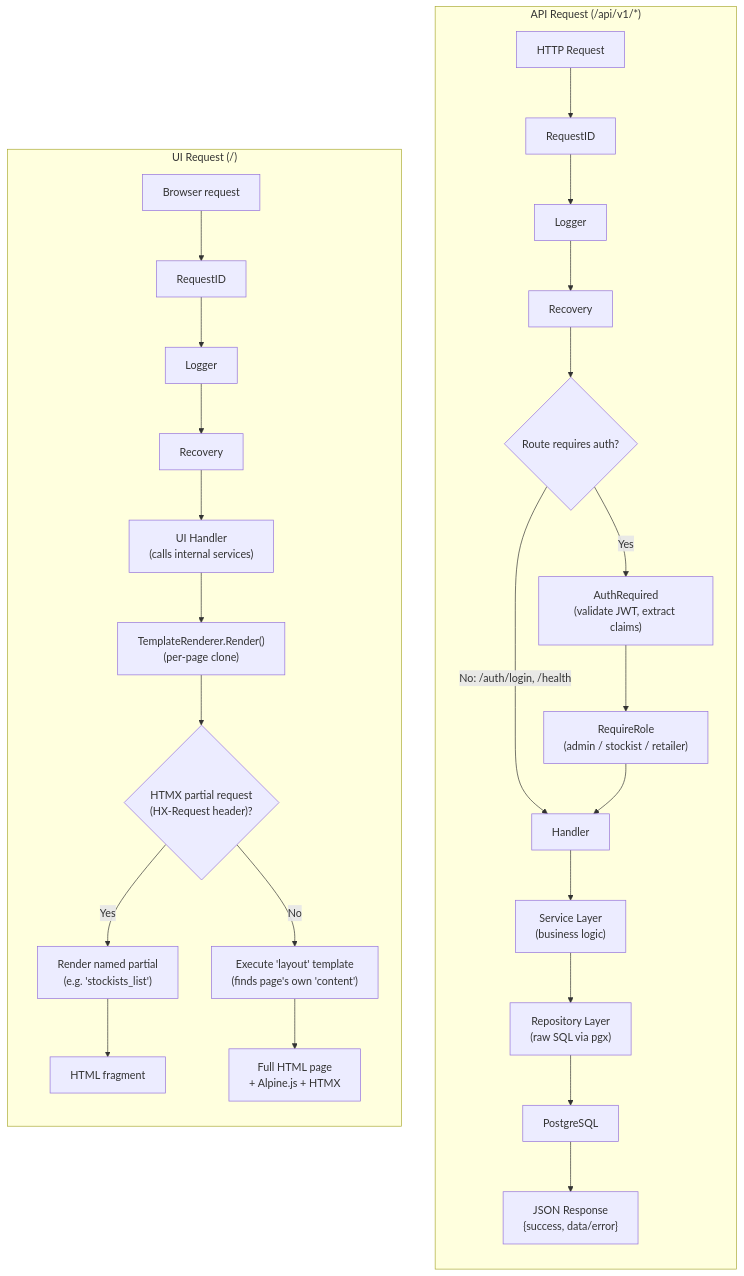
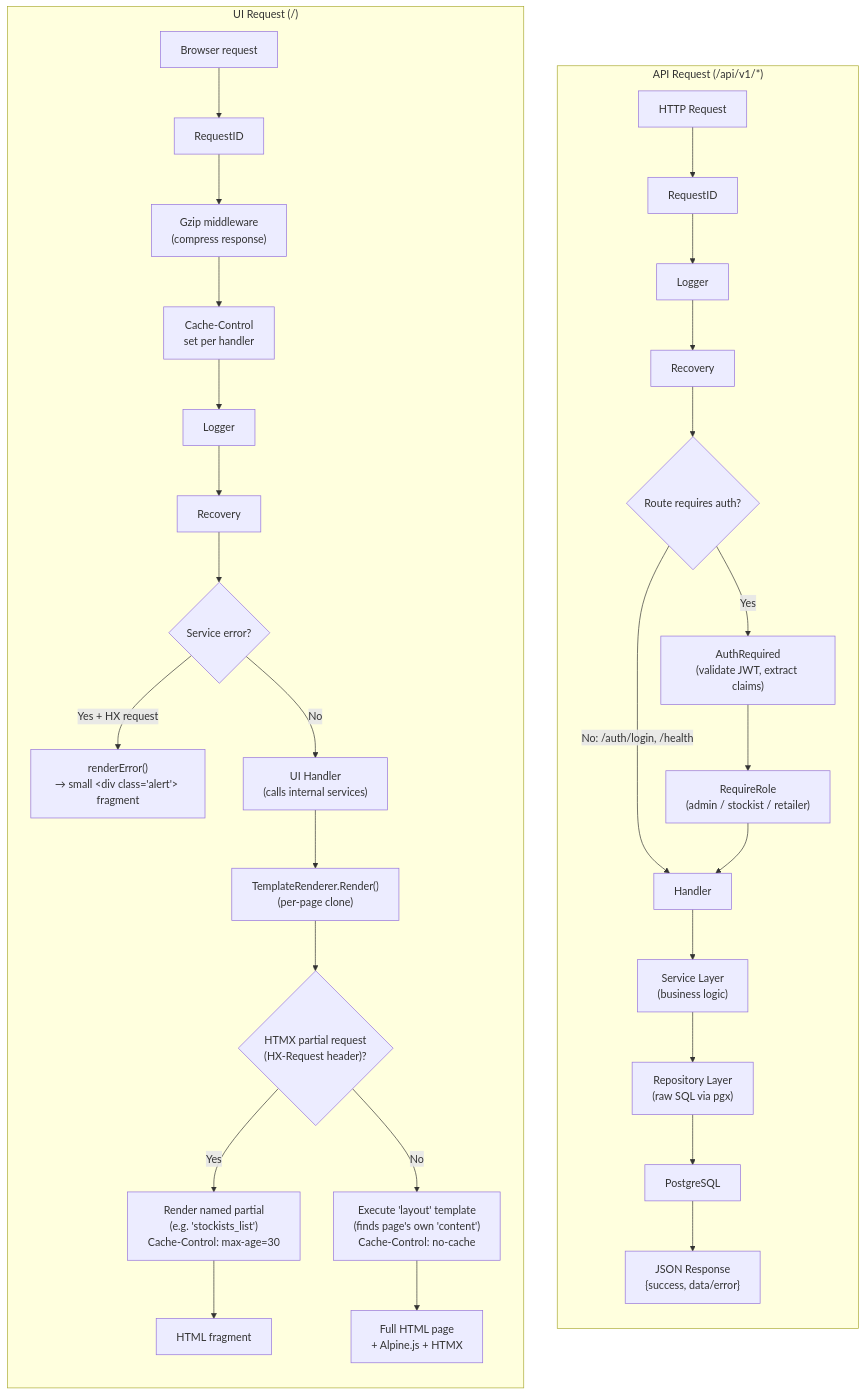
Before and after one commit to swaindhruti/pharmastock-backend: the fifth of 5 diagrams in docs/SYSTEM_DESIGN.md, drawn with Mermaid. The commit also changed other lines of this file and 7 other files, not shown here.

Commit message:
feat(ui): optimize HTMX responses with gzip, caching, and error fragments

````diff
--- a/docs/SYSTEM_DESIGN.md
+++ b/docs/SYSTEM_DESIGN.md
@@ -259,32 +259,36 @@
 ```mermaid
 flowchart TB
     subgraph API_Flow["API Request (/api/v1/*)"]
         direction TB
         A1["HTTP Request"] --> A2["RequestID"]
         A2 --> A3["Logger"]
         A3 --> A4["Recovery"]
         A4 --> A5{"Route requires auth?"}
         A5 -->|No: /auth/login, /health| A6["Handler"]
         A5 -->|Yes| A7["AuthRequired<br/>(validate JWT, extract claims)"]
         A7 --> A8["RequireRole<br/>(admin / stockist / retailer)"]
         A8 --> A6
         A6 --> A9["Service Layer<br/>(business logic)"]
         A9 --> A10["Repository Layer<br/>(raw SQL via pgx)"]
         A10 --> A11["PostgreSQL"]
         A11 --> A12["JSON Response<br/>{success, data/error}"]
     end
 
     subgraph UI_Flow["UI Request (/)"]
         direction TB
         B1["Browser request"] --> B2["RequestID"]
-        B2 --> B3["Logger"]
+        B2 --> B_GZ["Gzip middleware<br/>(compress response)"]
+        B_GZ --> B_CC["Cache-Control<br/>set per handler"]
+        B_CC --> B3["Logger"]
         B3 --> B4["Recovery"]
-        B4 --> B5["UI Handler<br/>(calls internal services)"]
-        B5 --> B6["TemplateRenderer.Render()<br/>(per-page clone)"]
-        B6 --> B7{"HTMX partial request<br/>(HX-Request header)?"}
-        B7 -->|Yes| B8["Render named partial<br/>(e.g. 'stockists_list')"]
-        B7 -->|No| B9["Execute 'layout' template<br/>(finds page's own 'content')"]
-        B8 --> B10["HTML fragment"]
-        B9 --> B11["Full HTML page<br/>+ Alpine.js + HTMX"]
+        B4 --> B5{"Service error?"}
+        B5 -->|"Yes + HX request"| B_ERR["renderError()<br/>→ small &lt;div class='alert'&gt; fragment"]
+        B5 -->|"No"| B6["UI Handler<br/>(calls internal services)"]
+        B6 --> B7["TemplateRenderer.Render()<br/>(per-page clone)"]
+        B7 --> B8{"HTMX partial request<br/>(HX-Request header)?"}
+        B8 -->|Yes| B9["Render named partial<br/>(e.g. 'stockists_list')<br/>Cache-Control: max-age=30"]
+        B8 -->|No| B10["Execute 'layout' template<br/>(finds page's own 'content')<br/>Cache-Control: no-cache"]
+        B9 --> B11["HTML fragment"]
+        B10 --> B12["Full HTML page<br/>+ Alpine.js + HTMX"]
     end
 ```
````
